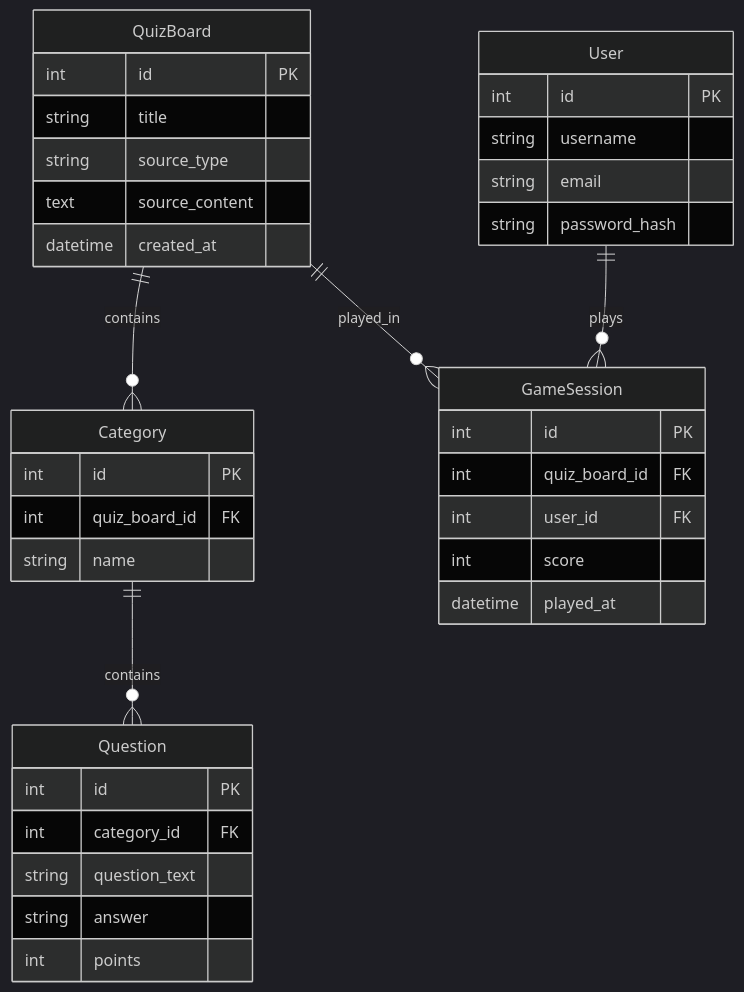
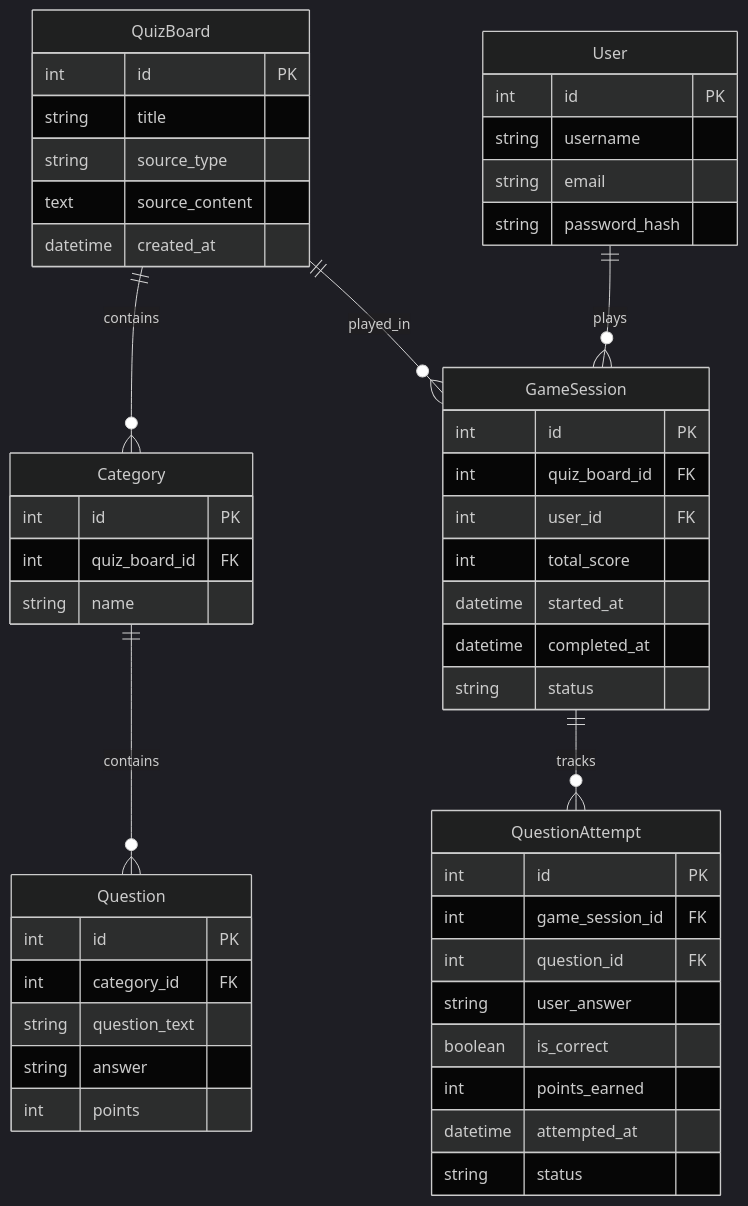
Before and after one commit to mental1337/jeopardyze: the second of 4 diagrams in docs/project_design_doc.md, drawn with Mermaid (dark theme). The commit also changed other lines of this file, not shown here.

````diff
--- a/docs/project_design_doc.md
+++ b/docs/project_design_doc.md
@@ -38,44 +38,58 @@
 ```mermaid
 erDiagram
     QuizBoard ||--o{ Category : contains
     Category ||--o{ Question : contains
     QuizBoard ||--o{ GameSession : played_in
     User ||--o{ GameSession : plays
+    GameSession ||--o{ QuestionAttempt : tracks
 
     QuizBoard {
         int id PK
         string title
         string source_type
         text source_content
         datetime created_at
     }
 
     Category {
         int id PK
         int quiz_board_id FK
         string name
     }
 
     Question {
         int id PK
         int category_id FK
         string question_text
         string answer
         int points
     }
 
     GameSession {
         int id PK
         int quiz_board_id FK
         int user_id FK
-        int score
-        datetime played_at
+        int total_score
+        datetime started_at
+        datetime completed_at
+        string status
+    }
+
+    QuestionAttempt {
+        int id PK
+        int game_session_id FK
+        int question_id FK
+        string user_answer
+        boolean is_correct
+        int points_earned
+        datetime attempted_at
+        string status
     }
 
     User {
         int id PK
         string username
         string email
         string password_hash
     }
 ```
````
